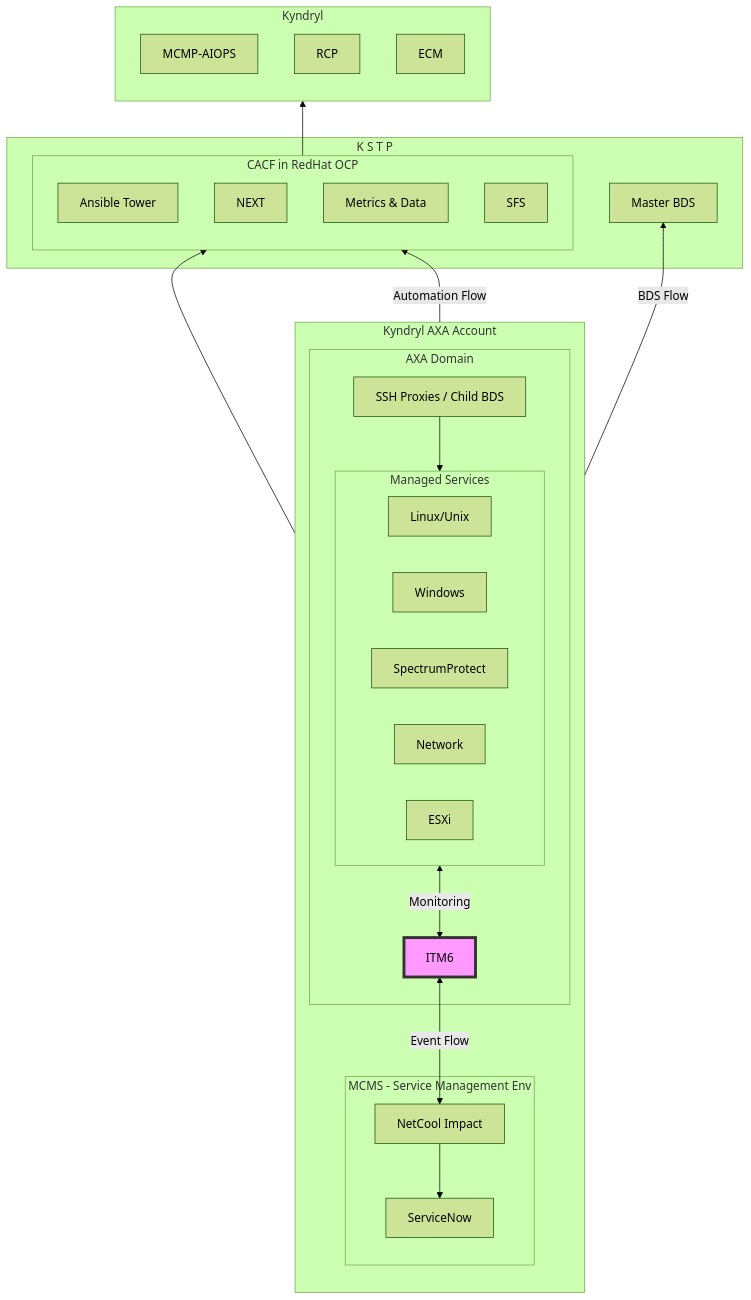
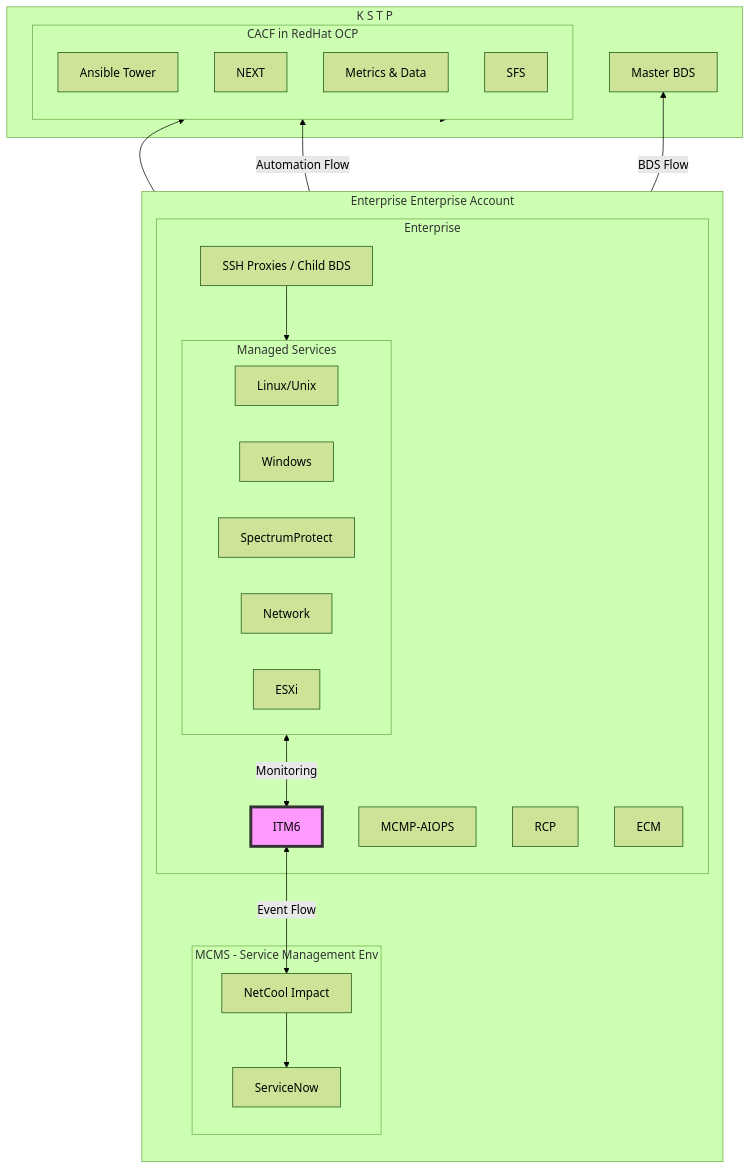
Before and after one commit to spnizen/cognitive-automation: the second of 2 diagrams in docs/sre/8tools/overview.md, drawn with Mermaid (forest theme). The commit also changed other lines of this file and 112 other files, not shown here.

````diff
--- a/docs/sre/8tools/overview.md
+++ b/docs/sre/8tools/overview.md
@@ -138,45 +138,45 @@
       ``` mermaid
           flowchart BT
-            subgraph Kyndryl
+            subgraph Enterprise
               MCMP-AIOPS
               RCP
               ECM
             end
             subgraph KSTP[K S T P]
               
               subgraph CACF[CACF in RedHat OCP]
                   AT[Ansible Tower]
                   CN[NEXT]
                   MND[Metrics & Data]
                   SFS
               end
               BDS[Master BDS]
             end
-            subgraph KA[Kyndryl AXA Account]
+            subgraph KA[Enterprise Enterprise Account]
               direction TB
-              subgraph AXA[AXA Domain]
+              subgraph Enterprise[Enterprise Domain]
                 ITM6
                 SSHP[SSH Proxies / Child BDS]
                 subgraph 2.1[Managed Services]
                   D1[Linux/Unix]
                   D2[Windows]
                   D3[SpectrumProtect]
                   D4[Network]
                   D5[ESXi]
                 end
               end
               subgraph SM[MCMS - Service Management Env]
                 NC[NetCool Impact]
                 SN[ServiceNow]
               end
             end
             2.1 <-- Monitoring --> ITM6
             style ITM6 fill:#f9f,stroke:#333,stroke-width:4px
             ITM6 <-- Event Flow --> NC
             NC --> CACF
             NC --> SN
             SSHP -- BDS Flow --> BDS
             SSHP --> 2.1
             SSHP -- Automation Flow --> CACF 
-            CACF --> Kyndryl
+            CACF --> Enterprise
       ```
````
